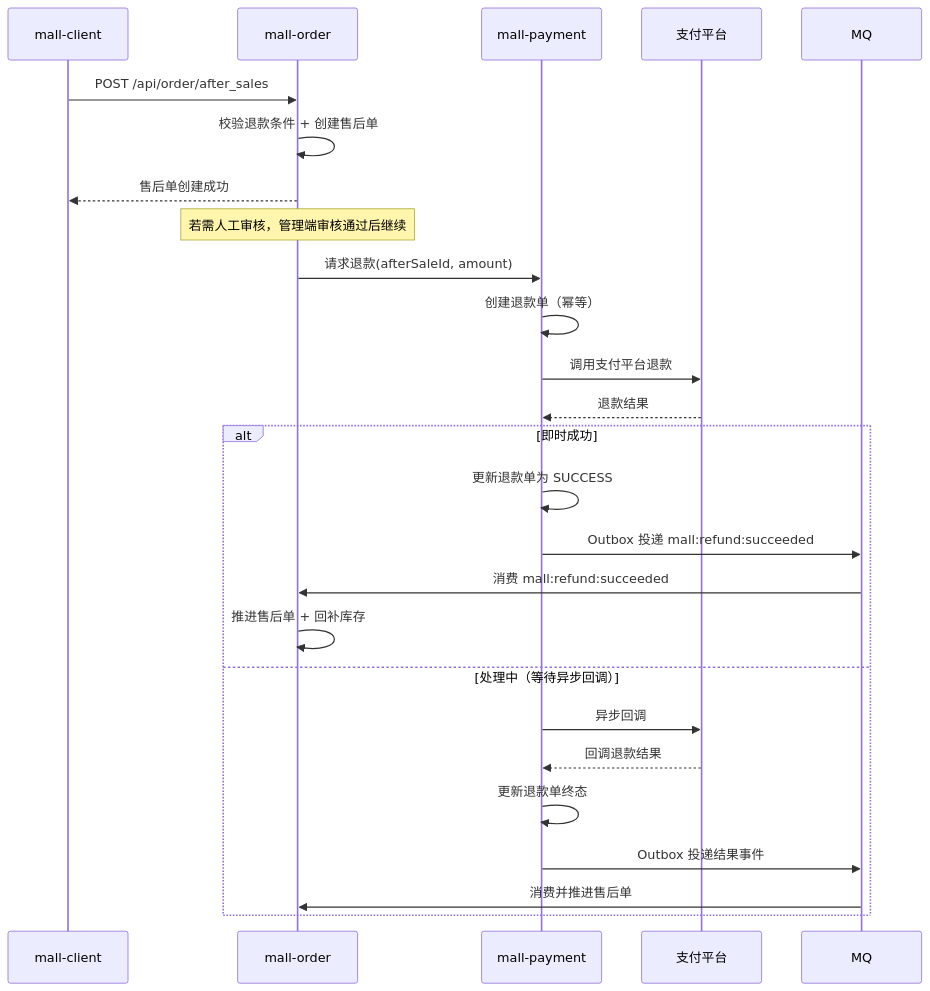
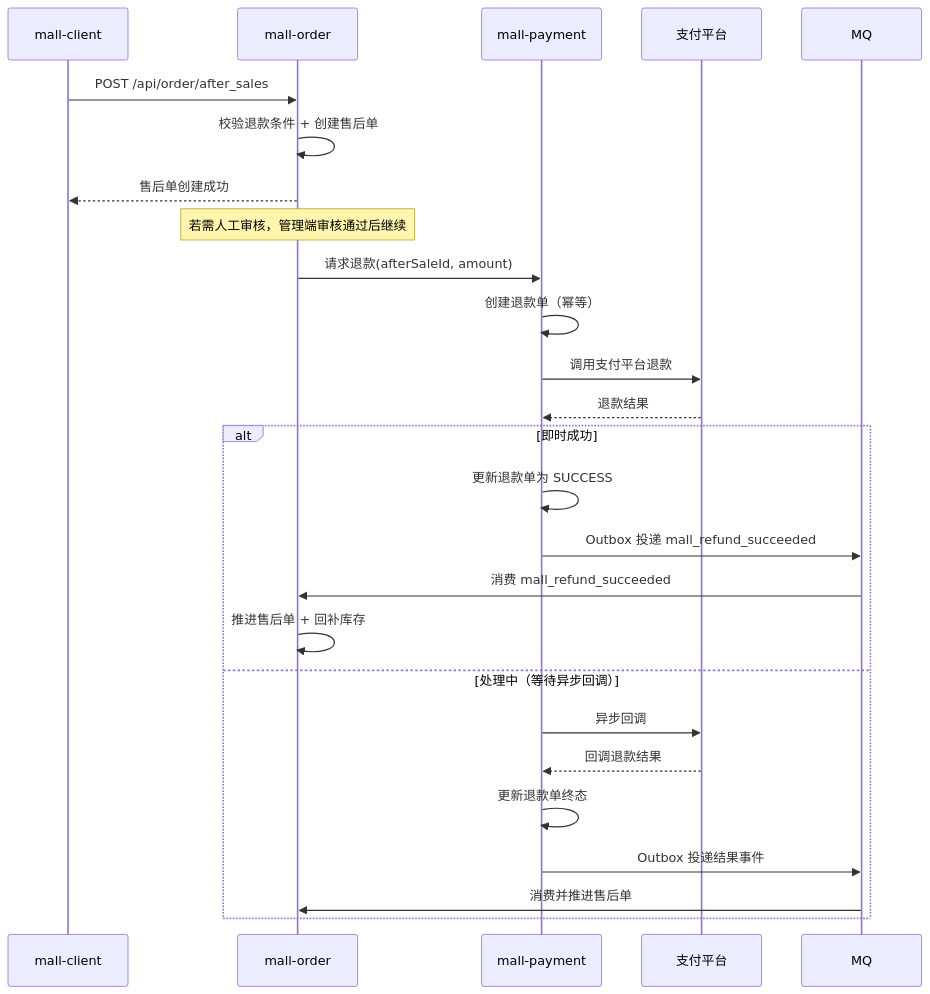
Before and after one commit to 1016297824/JH-Mall: the eighth of 12 diagrams in docs/design/03_05_系统详细设计-核心业务详细流程.md, drawn with Mermaid. The commit also changed other lines of this file and 20 other files, not shown here.

````diff
--- a/docs/design/03_05_系统详细设计-核心业务详细流程.md
+++ b/docs/design/03_05_系统详细设计-核心业务详细流程.md
@@ -291,31 +291,31 @@
 ```mermaid
 sequenceDiagram
     participant C as mall-client
     participant O as mall-order
     participant Pay as mall-payment
     participant Provider as 支付平台
     participant MQ as MQ
 
     C->>O: POST /api/order/after_sales
     O->>O: 校验退款条件 + 创建售后单
     O-->>C: 售后单创建成功
     Note over O: 若需人工审核，管理端审核通过后继续
 
     O->>Pay: 请求退款(afterSaleId, amount)
     Pay->>Pay: 创建退款单（幂等）
     Pay->>Provider: 调用支付平台退款
     Provider-->>Pay: 退款结果
 
     alt 即时成功
         Pay->>Pay: 更新退款单为 SUCCESS
-        Pay->>MQ: Outbox 投递 mall:refund:succeeded
-        MQ->>O: 消费 mall:refund:succeeded
+        Pay->>MQ: Outbox 投递 mall_refund_succeeded
+        MQ->>O: 消费 mall_refund_succeeded
         O->>O: 推进售后单 + 回补库存
     else 处理中（等待异步回调）
         Pay->>Provider: 异步回调
         Provider-->>Pay: 回调退款结果
         Pay->>Pay: 更新退款单终态
         Pay->>MQ: Outbox 投递结果事件
         MQ->>O: 消费并推进售后单
     end
 ```
````
